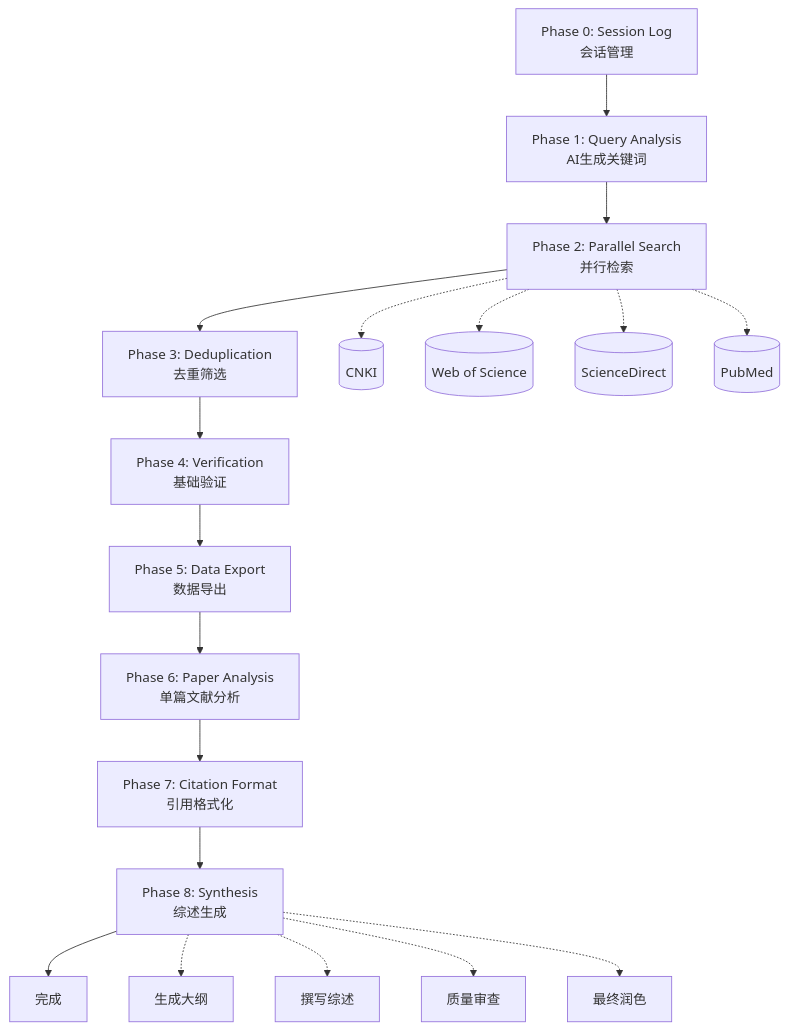
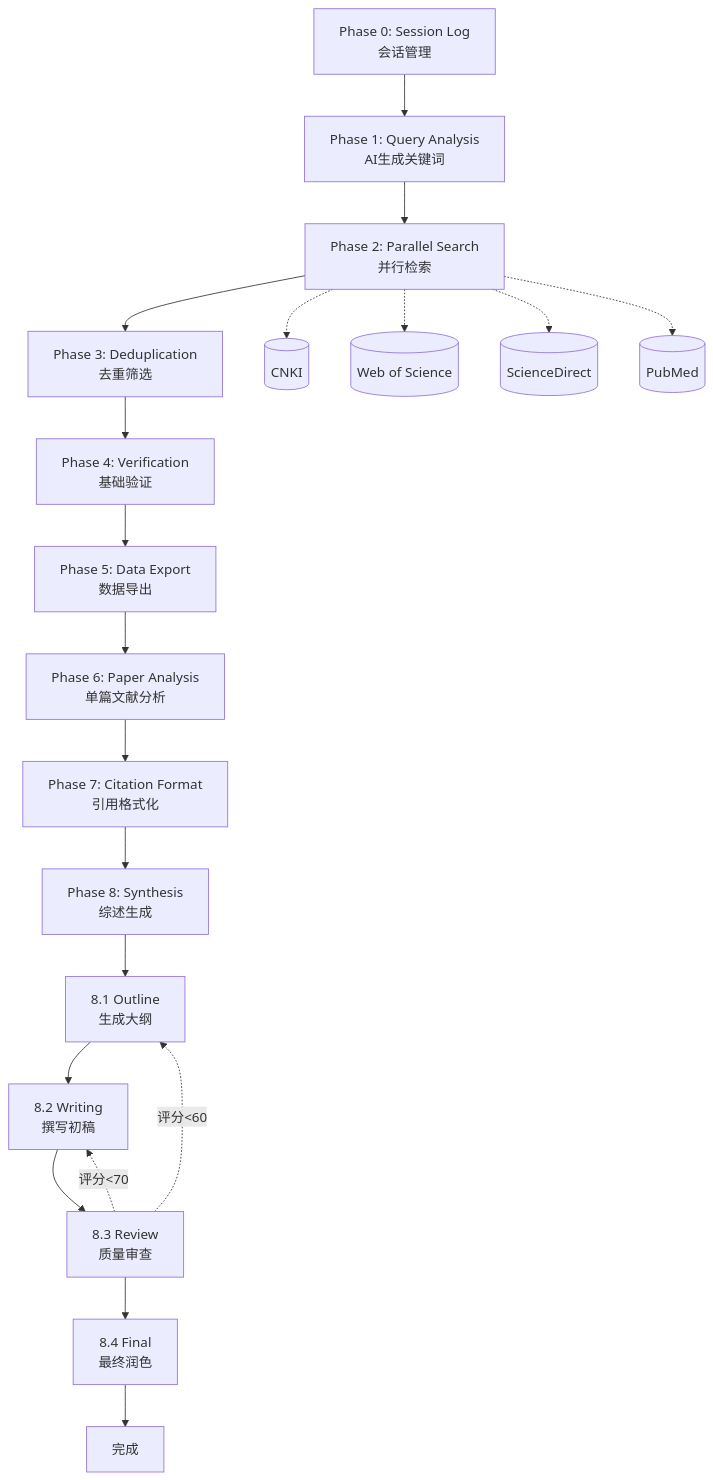
The diagram in README.md (stephenlzc/AI-Powered-Literature-Review-Skills), drawn with Mermaid before and after one commit. The commit also changed other lines of this file and 2 other files, not shown here.

First line of the commit message:
feat: 细化 Phase 8 为 4 个 Sub Phases，增加迭代机制

````diff
--- a/README.md
+++ b/README.md
@@ -52,22 +52,25 @@
 ```mermaid
 flowchart TD
     P0[Phase 0: Session Log<br/>会话管理] --> P1
     P1[Phase 1: Query Analysis<br/>AI生成关键词] --> P2
     P2[Phase 2: Parallel Search<br/>并行检索] --> P3
     P3[Phase 3: Deduplication<br/>去重筛选] --> P4
     P4[Phase 4: Verification<br/>基础验证] --> P5
     P5[Phase 5: Data Export<br/>数据导出] --> P6
     P6[Phase 6: Paper Analysis<br/>单篇文献分析] --> P7
     P7[Phase 7: Citation Format<br/>引用格式化] --> P8
-    P8[Phase 8: Synthesis<br/>综述生成] --> END[完成]
+    
+    P8[Phase 8: Synthesis<br/>综述生成] --> P8.1
+    P8.1[8.1 Outline<br/>生成大纲] --> P8.2
+    P8.2[8.2 Writing<br/>撰写初稿] --> P8.3
+    P8.3[8.3 Review<br/>质量审查] --> P8.4
+    P8.4[8.4 Final<br/>最终润色] --> END[完成]
+    
+    P8.3 -.->|评分<70| P8.2
+    P8.3 -.->|评分<60| P8.1
     
     P2 -.-> CNKI[(CNKI)]
     P2 -.-> WOS[(Web of Science)]
     P2 -.-> SD[(ScienceDirect)]
     P2 -.-> PM[(PubMed)]
-    
-    P8 -.-> Outline[生成大纲]
-    P8 -.-> Writing[撰写综述]
-    P8 -.-> Review[质量审查]
-    P8 -.-> Final[最终润色]
 ```
````
